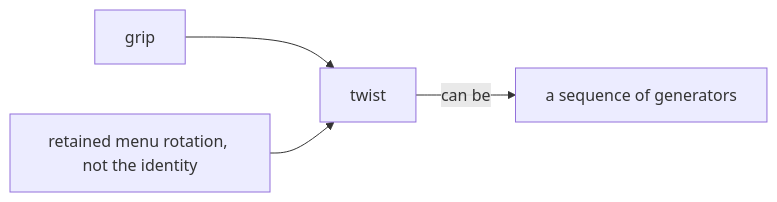
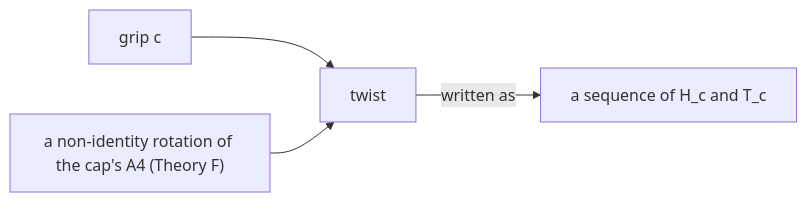
Before and after one commit to KonomiYuzu01/Magic-600-Cell: the diagram in docs/progress/1.0/glossary/diagrams/twist-full.mmd, drawn with Mermaid. The commit also changed 40 other files, not shown here.

```diff
--- a/docs/progress/1.0/glossary/diagrams/twist-full.mmd
+++ b/docs/progress/1.0/glossary/diagrams/twist-full.mmd
@@ -1,4 +1,4 @@
 flowchart LR
-  G[grip] --> T[twist]
-  M[retained menu rotation, not the identity] --> T
-  T -->|can be| W[a sequence of generators]
+  G[grip c] --> T[twist]
+  R["a non-identity rotation of the cap's A4 (Theory F)"] --> T
+  T -->|written as| W["a sequence of H_c and T_c"]
```
